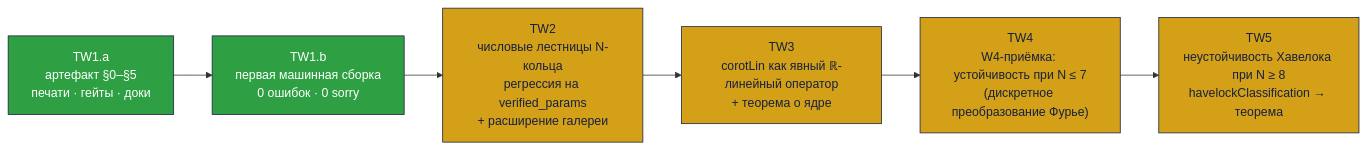
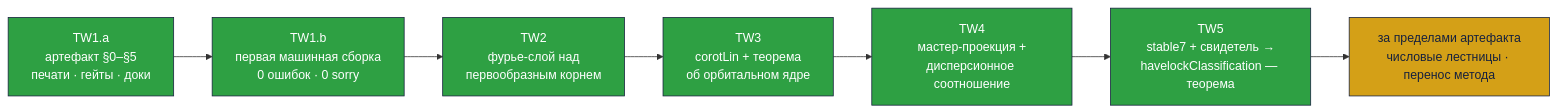
Before and after one commit to wild8highlander/Trivortex: the fifth of 5 diagrams in polyvortex/polyvortex_lean4/README_RU.md, drawn with Mermaid. The commit also changed other lines of this file and 27 other files, not shown here.

````diff
--- a/polyvortex/polyvortex_lean4/README_RU.md
+++ b/polyvortex/polyvortex_lean4/README_RU.md
@@ -674,12 +803,13 @@
 ```mermaid
 flowchart LR
     TW1a["TW1.a<br/>артефакт §0–§5<br/>печати · гейты · доки"]:::done
     TW1b["TW1.b<br/>первая машинная сборка<br/>0 ошибок · 0 sorry"]:::done
-    TW2["TW2<br/>числовые лестницы N-кольца<br/>регрессия на verified_params<br/>+ расширение галереи"]:::queued
-    TW3["TW3<br/>corotLin как явный ℝ-линейный оператор<br/>+ теорема о ядре"]:::queued
-    TW4["TW4<br/>W4-приёмка: устойчивость при N ≤ 7<br/>(дискретное преобразование Фурье)"]:::queued
-    TW5["TW5<br/>неустойчивость Хавелока при N ≥ 8<br/>havelockClassification → теорема"]:::queued
-    TW1a --> TW1b --> TW2 --> TW3 --> TW4 --> TW5
+    TW2["TW2<br/>фурье-слой над<br/>первообразным корнем"]:::done
+    TW3["TW3<br/>corotLin + теорема<br/>об орбитальном ядре"]:::done
+    TW4["TW4<br/>мастер-проекция +<br/>дисперсионное соотношение"]:::done
+    TW5["TW5<br/>stable7 + свидетель →<br/>havelockClassification — теорема"]:::done
+    NEXT["за пределами артефакта<br/>числовые лестницы · перенос метода"]:::queued
+    TW1a --> TW1b --> TW2 --> TW3 --> TW4 --> TW5 --> NEXT
     classDef done fill:#2EA043,stroke:#16213E,color:#fff;
     classDef queued fill:#D4A017,stroke:#16213E,color:#16213E;
 ```
````
